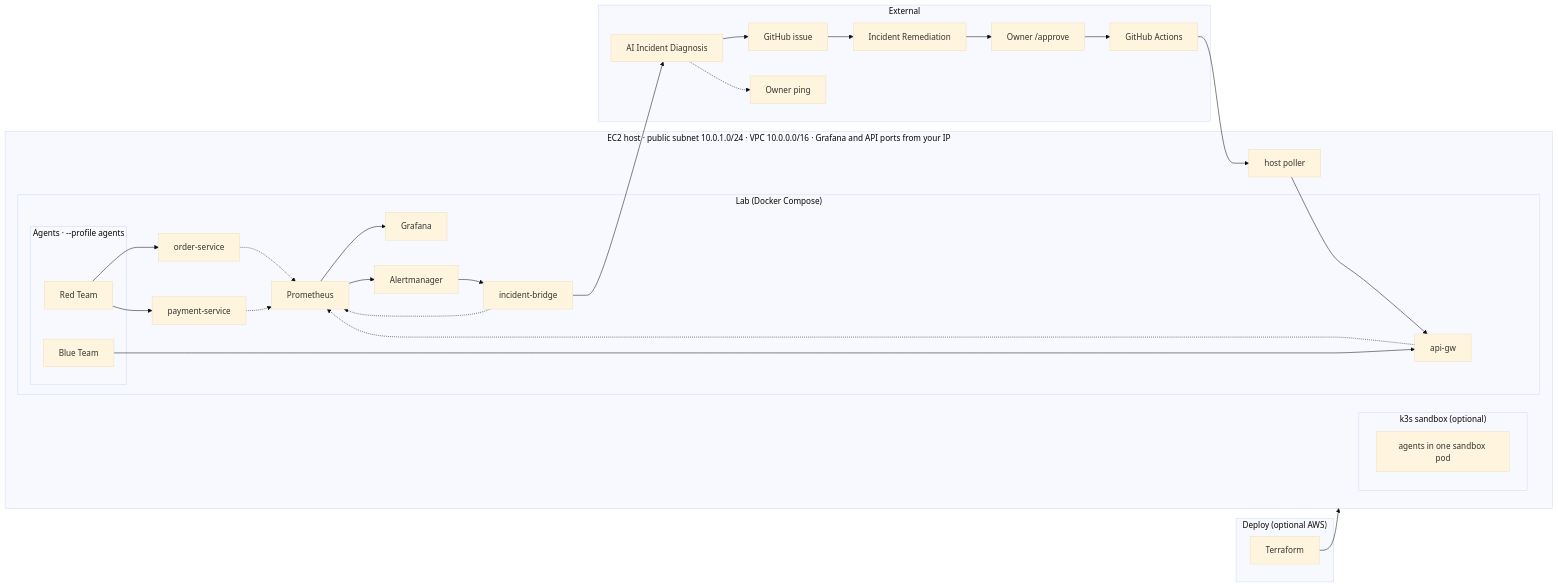
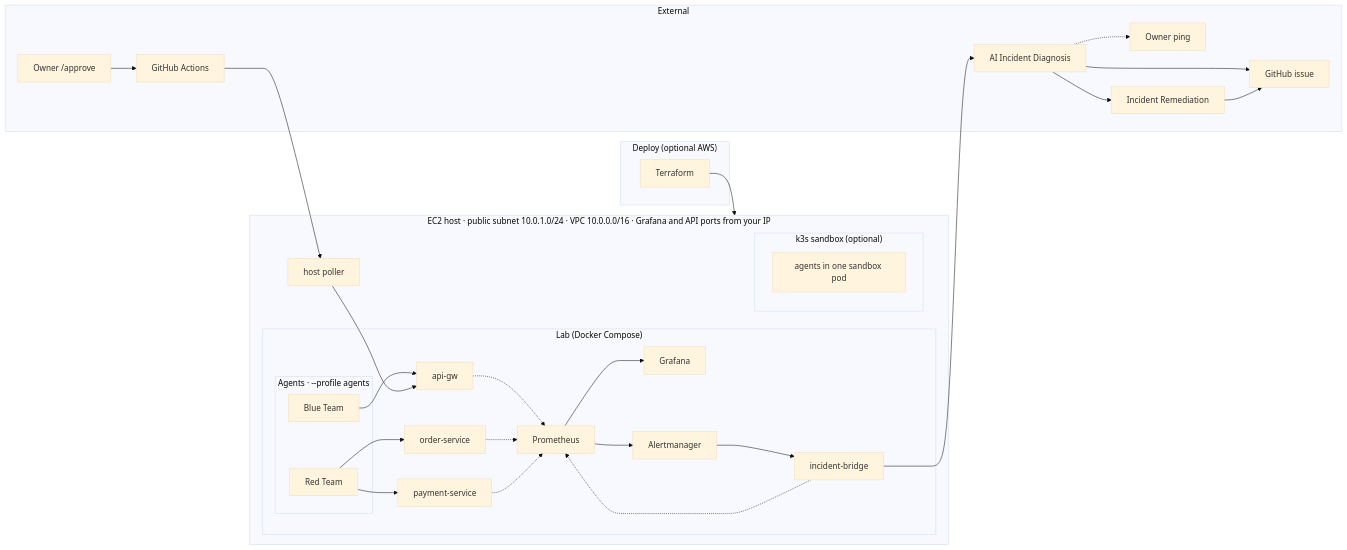
Before and after one commit to ritvikindupuri/ResilienceOps: the diagram in docs/architecture.mmd, drawn with Mermaid. The commit also changed 8 other files, not shown here.

```diff
--- a/docs/architecture.mmd
+++ b/docs/architecture.mmd
@@ -1,52 +1,52 @@
 %%{init: { "theme": "base", "flowchart": { "curve": "basis" } }}%%
 flowchart LR
   TF["Terraform"]
   subgraph aws ["Deploy (optional AWS)"]
     TF
   end
   subgraph host ["EC2 host · public subnet 10.0.1.0/24 · VPC 10.0.0.0/16 · Grafana and API ports from your IP"]
     subgraph compose ["Lab (Docker Compose)"]
       subgraph agents ["Agents · --profile agents"]
         RED[Red Team]
         BLUE[Blue Team]
       end
       GW[api-gw]
       OS[order-service]
       PS[payment-service]
       PROM[Prometheus]
       GRAF[Grafana]
       AM[Alertmanager]
       BR["incident-bridge"]
       GW -.-> PROM
       OS -.-> PROM
       PS -.-> PROM
       PROM --> GRAF
       PROM --> AM
       AM --> BR
       BR -.-> PROM
     end
     subgraph k3sopt ["k3s sandbox (optional)"]
       K3S["agents in one sandbox pod"]
     end
     POLL["host poller"]
   end
   subgraph ext ["External"]
     BOT["AI Incident Diagnosis"]
     GH["GitHub issue"]
     PING["Owner ping"]
     REM["Incident Remediation"]
     OWN["Owner /approve"]
     ACT["GitHub Actions"]
     BOT --> GH
     BOT -.-> PING
-    GH --> REM
-    REM --> OWN
+    BOT --> REM
+    REM --> GH
     OWN --> ACT
   end
   TF --> host
   RED --> OS
   RED --> PS
   BLUE --> GW
   BR --> BOT
   ACT --> POLL
   POLL --> GW
```
